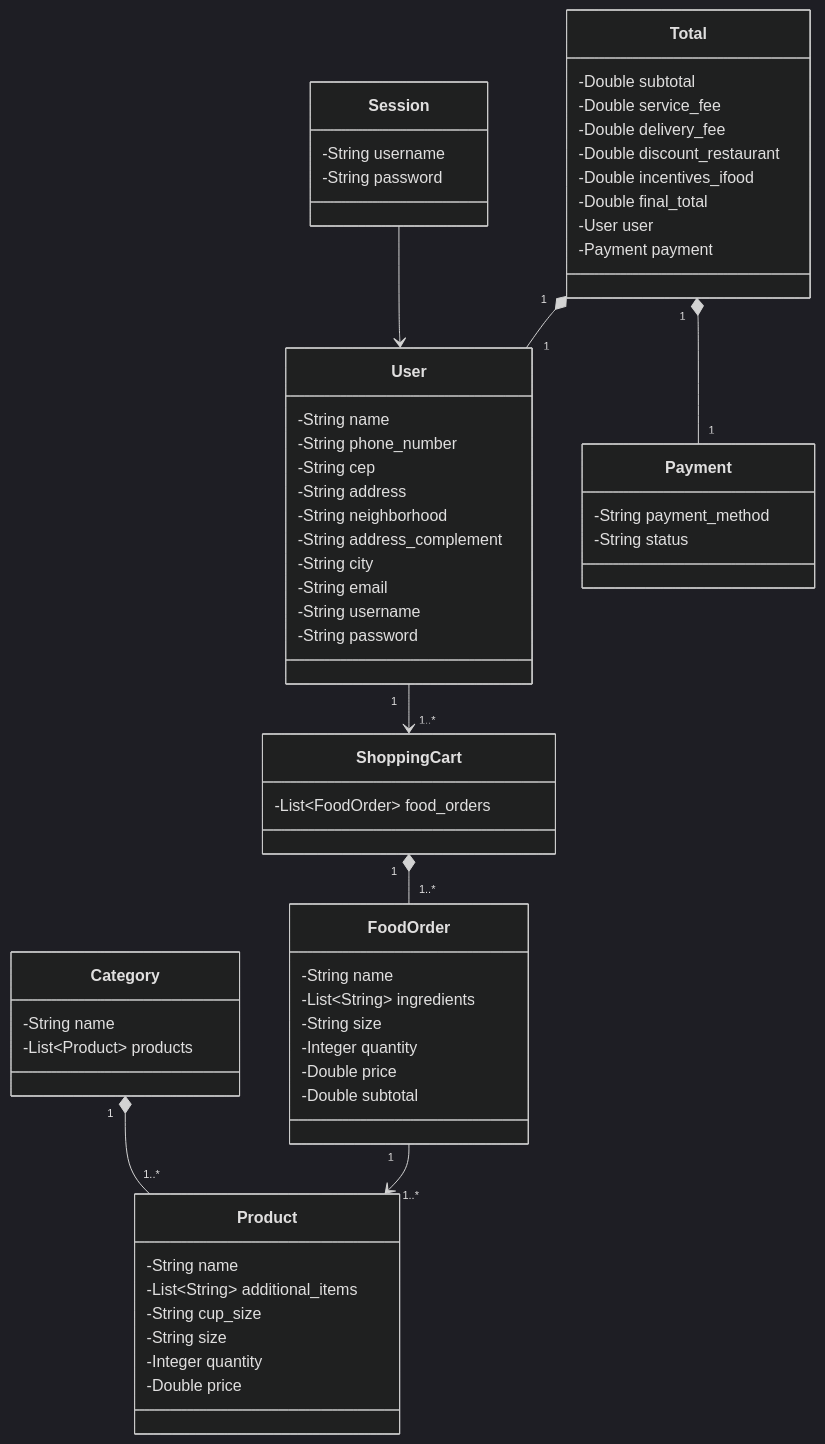
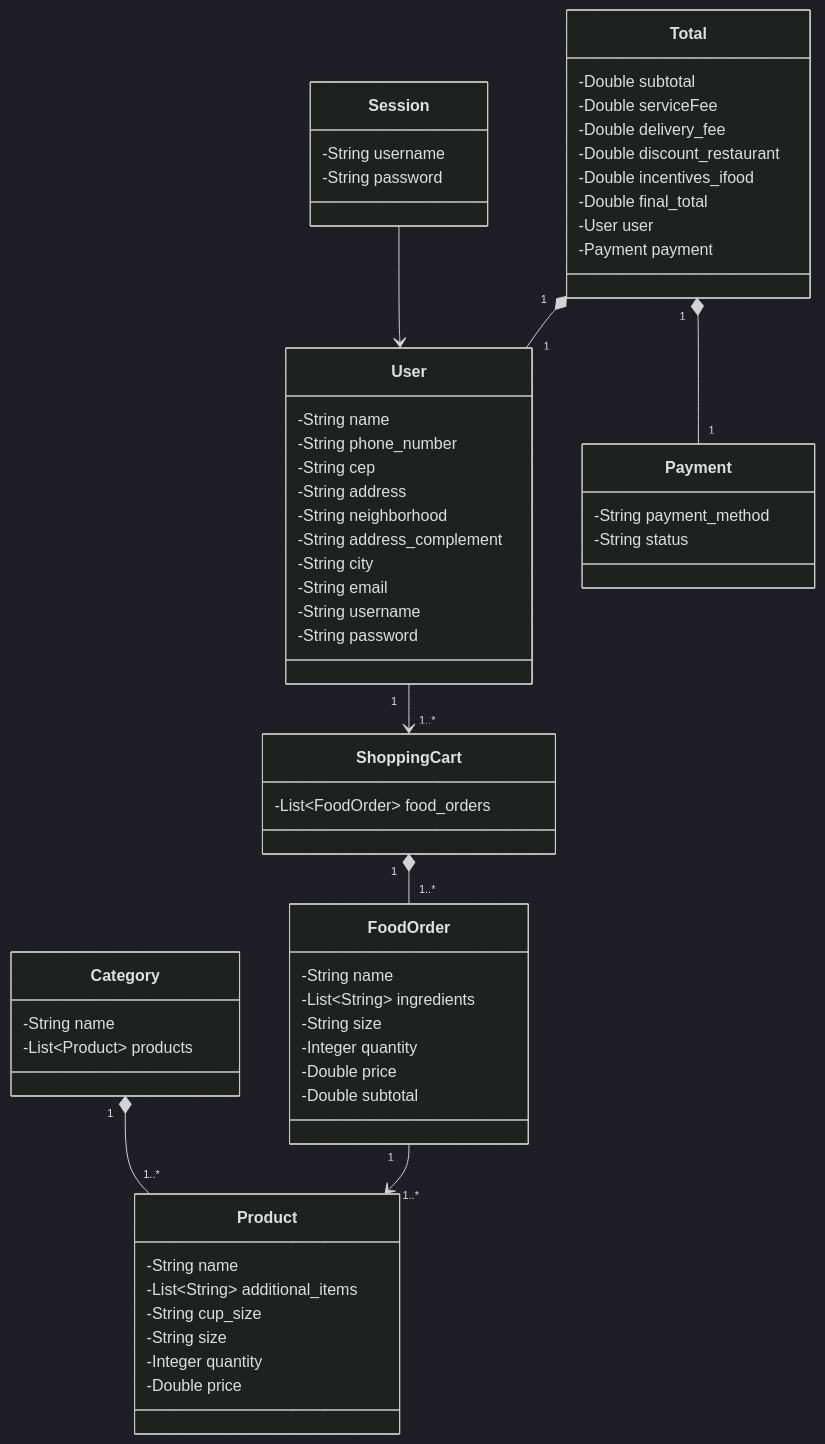
Before and after one commit to kaioabreu62/Desafio-da-DIO-Criando-API-Ifood: the diagram in README.md, drawn with Mermaid (dark theme). The commit also changed 55 other files, not shown here.

````diff
--- a/README.md
+++ b/README.md
@@ -5,71 +5,71 @@
 ```mermaid
 classDiagram
     class User {
         -String name
         -String phone_number
         -String cep
         -String address
         -String neighborhood
         -String address_complement
         -String city
         -String email
         -String username
         -String password
     }
 
     class Product {
         -String name
         -List~String~ additional_items
         -String cup_size
         -String size
         -Integer quantity
         -Double price
     }
     
     class ShoppingCart {
         -List~FoodOrder~ food_orders
     }
     
     class FoodOrder {
         -String name
         -List~String~ ingredients
         -String size
         -Integer quantity
         -Double price
         -Double subtotal
     }
 
     class Category {
         -String name
         -List~Product~ products
     }
     
     class Total {
         -Double subtotal
-        -Double service_fee
+        -Double serviceFee
         -Double delivery_fee
         -Double discount_restaurant
         -Double incentives_ifood
         -Double final_total
         -User user
         -Payment payment
     }
     
     class Payment {
         -String payment_method
         -String status
     }
     
     class Session {
         -String username
         -String password
     }
     
     User "1" --> "1..*" ShoppingCart
     ShoppingCart "1" *-- "1..*" FoodOrder
     FoodOrder "1" --> "1..*" Product
     Category "1" *-- "1..*" Product
     Total "1" *-- "1" User
     Total "1" *-- "1" Payment
     Session --> User
 ```
````
